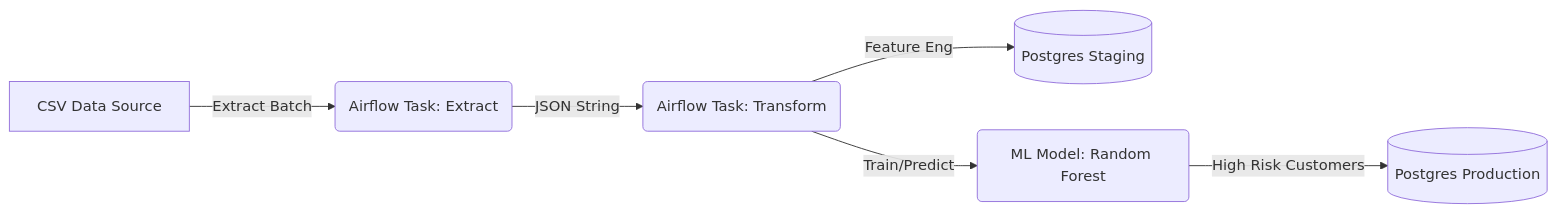
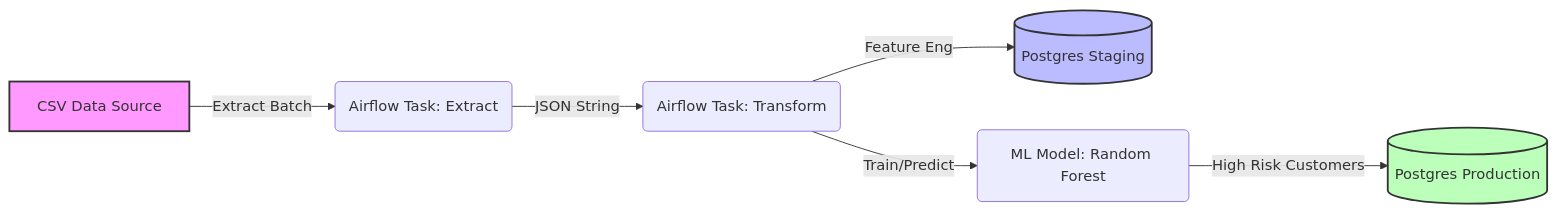
Before and after one commit to HAnhnia/dpa01_project: the diagram in README.md, drawn with Mermaid.

````diff
--- a/README.md
+++ b/README.md
@@ -30,8 +30,11 @@
 ```mermaid
 graph LR
     A[CSV Data Source] -->|Extract Batch| B(Airflow Task: Extract)
     B -->|JSON String| C(Airflow Task: Transform)
     C -->|Feature Eng| D[(Postgres Staging)]
     C -->|Train/Predict| E(ML Model: Random Forest)
     E -->|High Risk Customers| F[(Postgres Production)]
+    style A fill:#f9f,stroke:#333,stroke-width:2px
+    style D fill:#bbf,stroke:#333,stroke-width:2px
+    style F fill:#bfb,stroke:#333,stroke-width:2px
 ```
````
